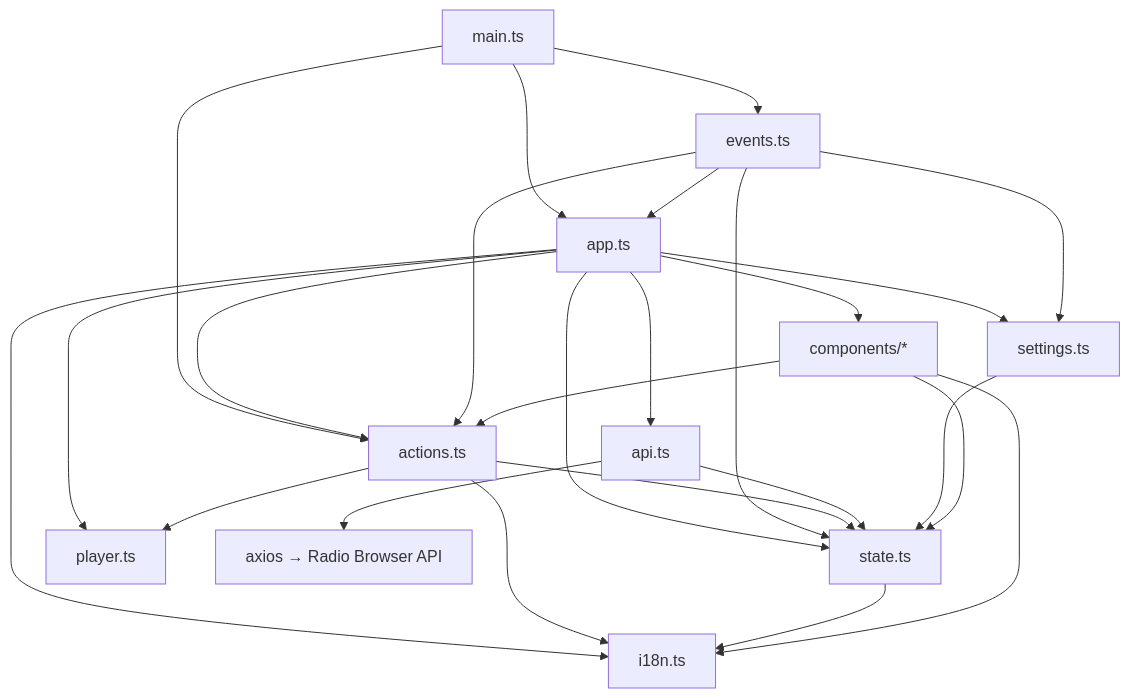
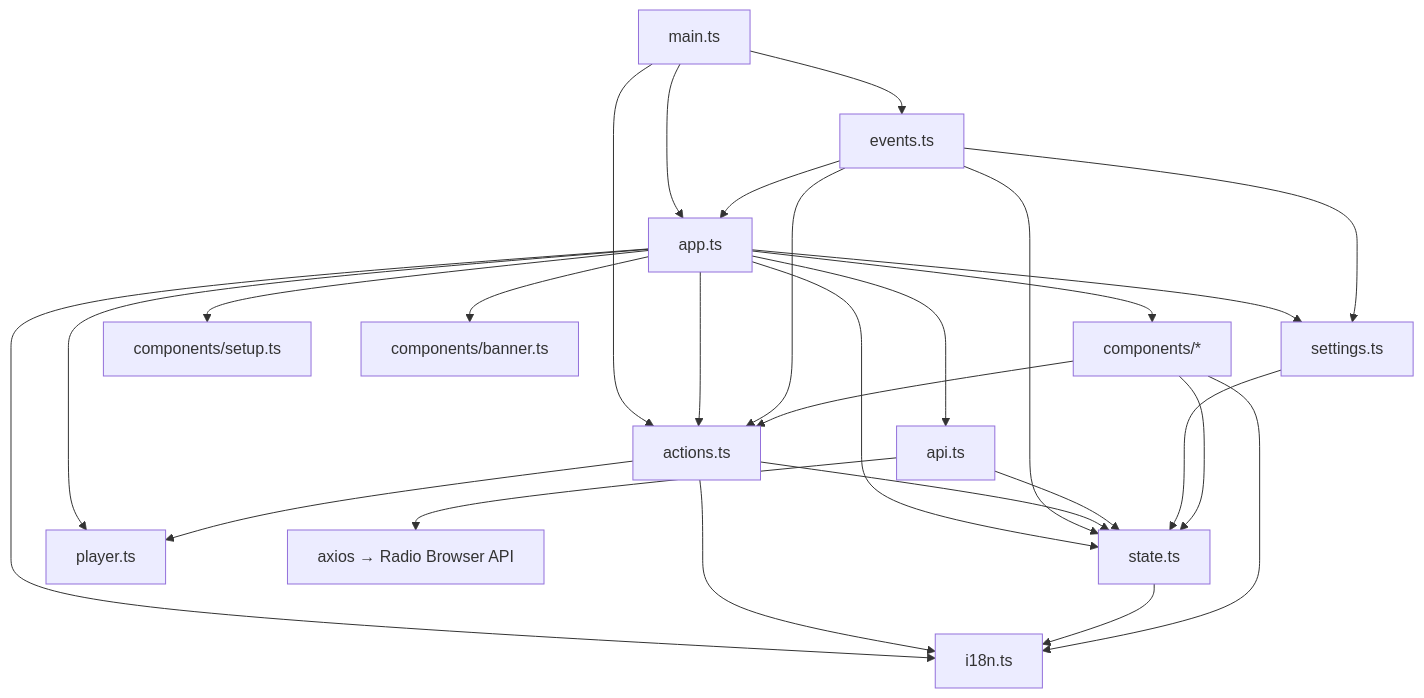
One commit to Makatumba/after-touch-radio-browser changed the diagram in ARCHITECTURE.md. Above: the diagram before and after it, drawn with Mermaid. The commit also changed other lines of this file and 12 other files, not shown here.

First line of the commit message:
feat: add full-screen setup view and offline banner

````diff
--- a/ARCHITECTURE.md
+++ b/ARCHITECTURE.md
@@ -63,27 +65,29 @@
 ```mermaid
 graph TD
     MAIN[main.ts] --> APP[app.ts]
     MAIN --> EVT[events.ts]
     MAIN --> ACT[actions.ts]
     APP --> I18N[i18n.ts]
     APP --> ST[state.ts]
     APP --> PL[player.ts]
     APP --> API[api.ts]
     APP --> ACT[actions.ts]
     APP --> SET[settings.ts]
     APP --> COMP[components/*]
+    APP --> SETUP[components/setup.ts]
+    APP --> BANNER[components/banner.ts]
     EVT --> APP
     EVT --> ACT
     EVT --> SET
     EVT --> ST
     ACT --> ST
     ACT --> I18N
     ACT --> PL
     API --> ST
     API --> AXIOS[axios → Radio Browser API]
     SET --> ST
     ST --> I18N
     COMP --> ST
     COMP --> I18N
     COMP --> ACT
 ```
````
